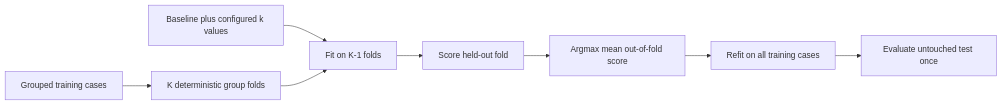
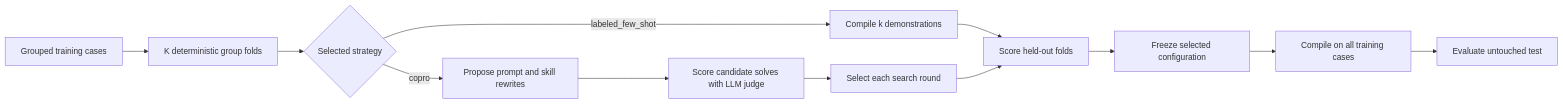
One commit to mainsequence-sdk/repo-agent-eval changed the diagram in docs/training/index.md. Above: the diagram before and after it, drawn with Mermaid. The commit also changed other lines of this file and 558 other files, not shown here.

````diff
--- a/docs/training/index.md
+++ b/docs/training/index.md
@@ -9,10 +10,14 @@
 ```mermaid
 flowchart LR
     Train[Grouped training cases] --> Folds[K deterministic group folds]
-    Candidates[Baseline plus configured k values] --> Fit[Fit on K-1 folds]
-    Folds --> Fit
-    Fit --> OOF[Score held-out fold]
-    OOF --> Select[Argmax mean out-of-fold score]
-    Select --> Refit[Refit on all training cases]
-    Refit --> Test[Evaluate untouched test once]
+    Folds --> Strategy{Selected strategy}
+    Strategy -->|labeled_few_shot| Demos[Compile k demonstrations]
+    Strategy -->|copro| Search[Propose prompt and skill rewrites]
+    Demos --> OOF[Score held-out folds]
+    Search --> Candidate[Score candidate solves with LLM judge]
+    Candidate --> SelectRound[Select each search round]
+    SelectRound --> OOF
+    OOF --> Select[Freeze selected configuration]
+    Select --> Refit[Compile on all training cases]
+    Refit --> Test[Evaluate untouched test]
 ```
````
